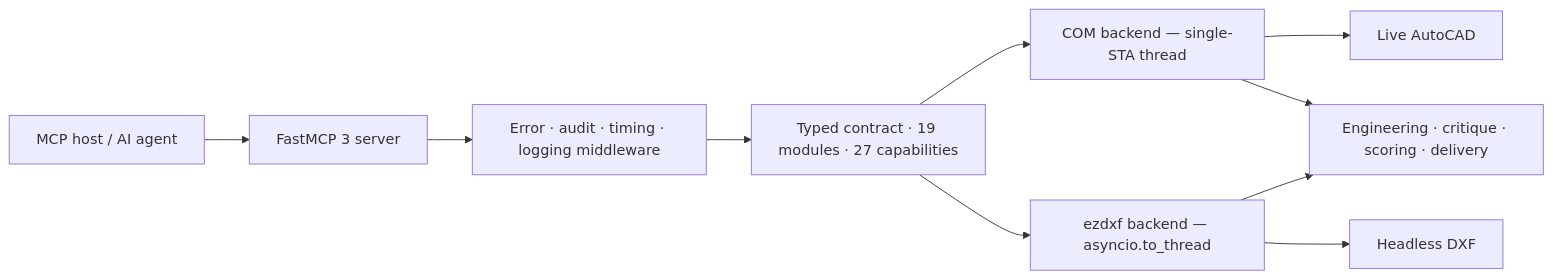
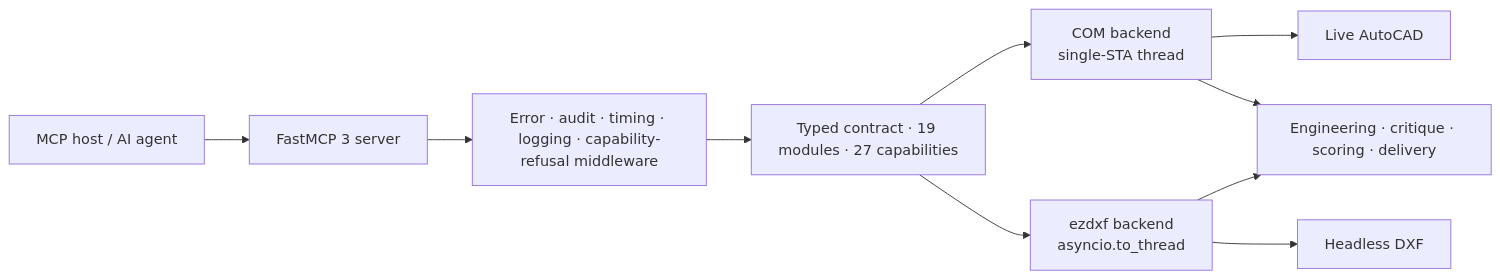
Before and after one commit to U-C4N/Autocad-MCP: the diagram in README.md, drawn with Mermaid. The commit also changed other lines of this file, not shown here.

````diff
--- a/README.md
+++ b/README.md
@@ -325,12 +217,12 @@
 ```mermaid
 flowchart LR
   A[MCP host / AI agent] --> B[FastMCP 3 server]
-  B --> C[Error · audit · timing · logging middleware]
+  B --> C[Error · audit · timing · logging · capability-refusal middleware]
   C --> D[Typed contract · 19 modules · 27 capabilities]
-  D --> E[COM backend — single-STA thread]
-  D --> F[ezdxf backend — asyncio.to_thread]
+  D --> E[COM backend<br/>single-STA thread]
+  D --> F[ezdxf backend<br/>asyncio.to_thread]
   E --> G[Live AutoCAD]
   F --> H[Headless DXF]
   E --> I[Engineering · critique · scoring · delivery]
   F --> I
 ```
````
